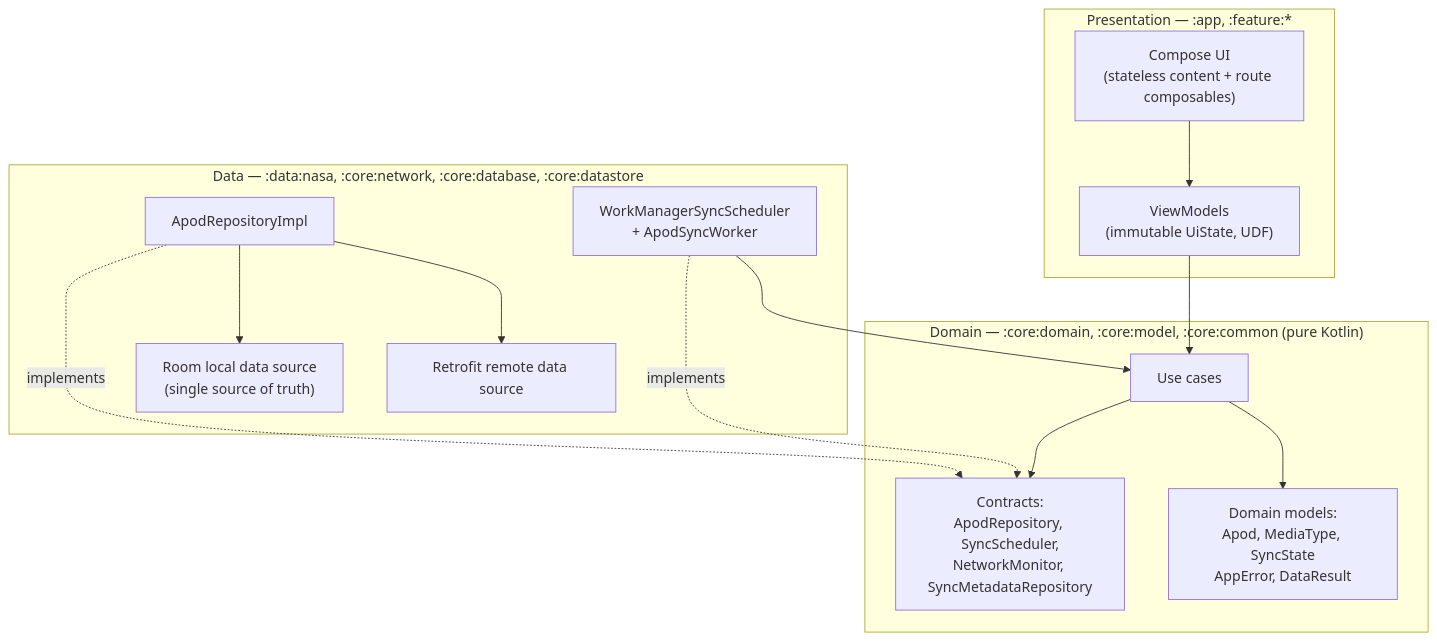
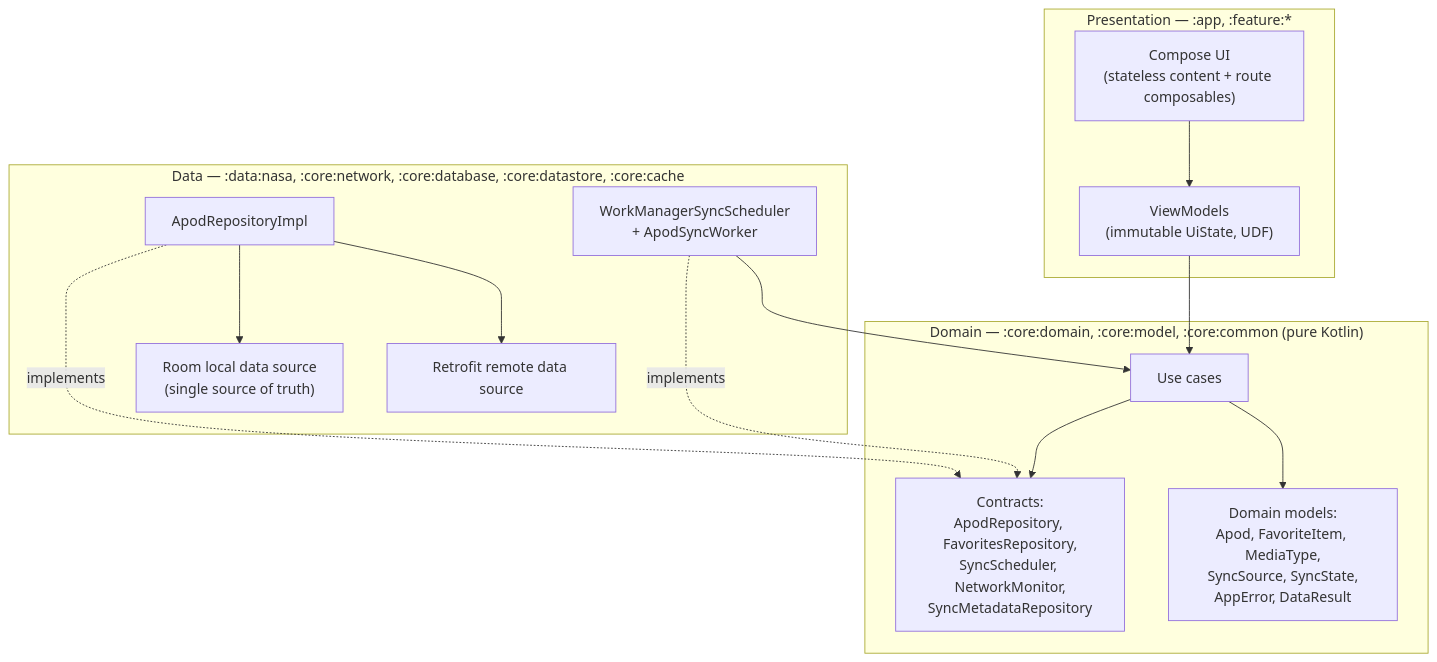
The first of 6 diagrams in README.md (radustavila/Universe-Explorer), drawn with Mermaid before and after one commit. The commit also changed other lines of this file and 99 other files, not shown here.

````diff
--- a/README.md
+++ b/README.md
@@ -60,30 +65,30 @@
 ```mermaid
 flowchart TB
     subgraph presentation["Presentation — :app, :feature:*"]
         UI["Compose UI<br/>(stateless content + route composables)"]
         VM["ViewModels<br/>(immutable UiState, UDF)"]
     end
 
     subgraph domain["Domain — :core:domain, :core:model, :core:common (pure Kotlin)"]
         UC["Use cases"]
-        CONTRACTS["Contracts:<br/>ApodRepository, SyncScheduler,<br/>NetworkMonitor, SyncMetadataRepository"]
-        MODELS["Domain models:<br/>Apod, MediaType, SyncState<br/>AppError, DataResult"]
+        CONTRACTS["Contracts:<br/>ApodRepository, FavoritesRepository,<br/>SyncScheduler, NetworkMonitor,<br/>SyncMetadataRepository"]
+        MODELS["Domain models:<br/>Apod, FavoriteItem, MediaType,<br/>SyncSource, SyncState,<br/>AppError, DataResult"]
     end
 
-    subgraph data["Data — :data:nasa, :core:network, :core:database, :core:datastore"]
+    subgraph data["Data — :data:nasa, :core:network, :core:database, :core:datastore, :core:cache"]
         REPO["ApodRepositoryImpl"]
         LOCAL["Room local data source<br/>(single source of truth)"]
         REMOTE["Retrofit remote data source"]
         SYNC["WorkManagerSyncScheduler<br/>+ ApodSyncWorker"]
     end
 
     UI --> VM
     VM --> UC
     UC --> CONTRACTS
     UC --> MODELS
     REPO -. implements .-> CONTRACTS
     SYNC -. implements .-> CONTRACTS
     REPO --> LOCAL
     REPO --> REMOTE
     SYNC --> UC
 ```
````
